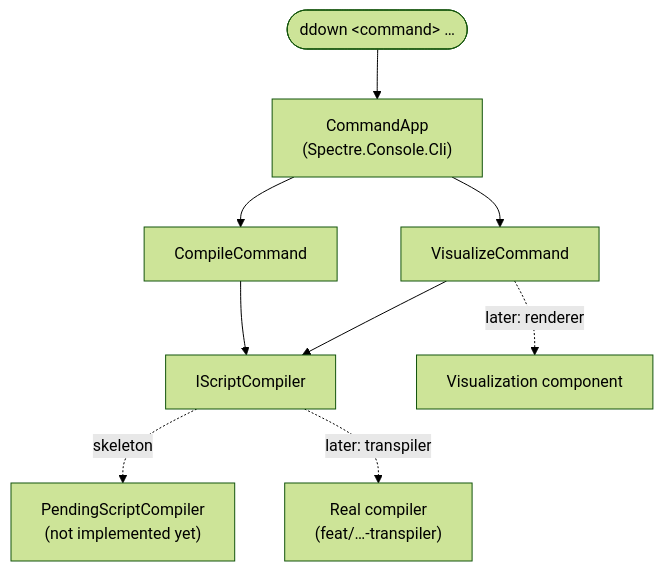
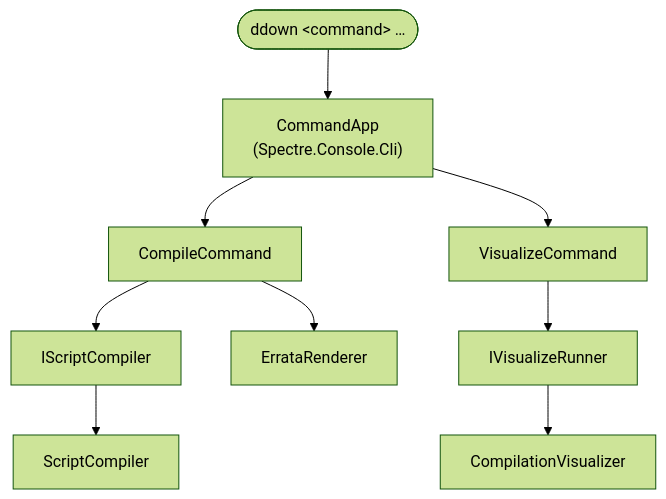
One commit to pengzhengyi/dialoguedown changed the diagram in docs/contributing/design-notes/cli/Command-Line Interface.md. Above: the diagram before and after it, drawn with Mermaid (forest theme). The commit also changed other lines of this file and 11 other files, not shown here.

````diff
--- a/docs/contributing/design-notes/cli/Command-Line Interface.md
+++ b/docs/contributing/design-notes/cli/Command-Line Interface.md
@@ -76,11 +72,11 @@
 ```mermaid
 flowchart TD
     User(["ddown &lt;command&gt; …"]) --> App["CommandApp<br/>(Spectre.Console.Cli)"]
     App --> Compile["CompileCommand"]
     App --> Visualize["VisualizeCommand"]
     Compile --> Seam["IScriptCompiler"]
-    Visualize --> Seam
-    Seam -. "skeleton" .-> Stub["PendingScriptCompiler<br/>(not implemented yet)"]
-    Seam -. "later: transpiler" .-> Real["Real compiler<br/>(feat/…-transpiler)"]
-    Visualize -. "later: renderer" .-> Viz["Visualization component"]
+    Compile --> Errata["ErrataRenderer"]
+    Visualize --> Runner["IVisualizeRunner"]
+    Seam --> Compiler["ScriptCompiler"]
+    Runner --> Viz["CompilationVisualizer"]
 ```
````
